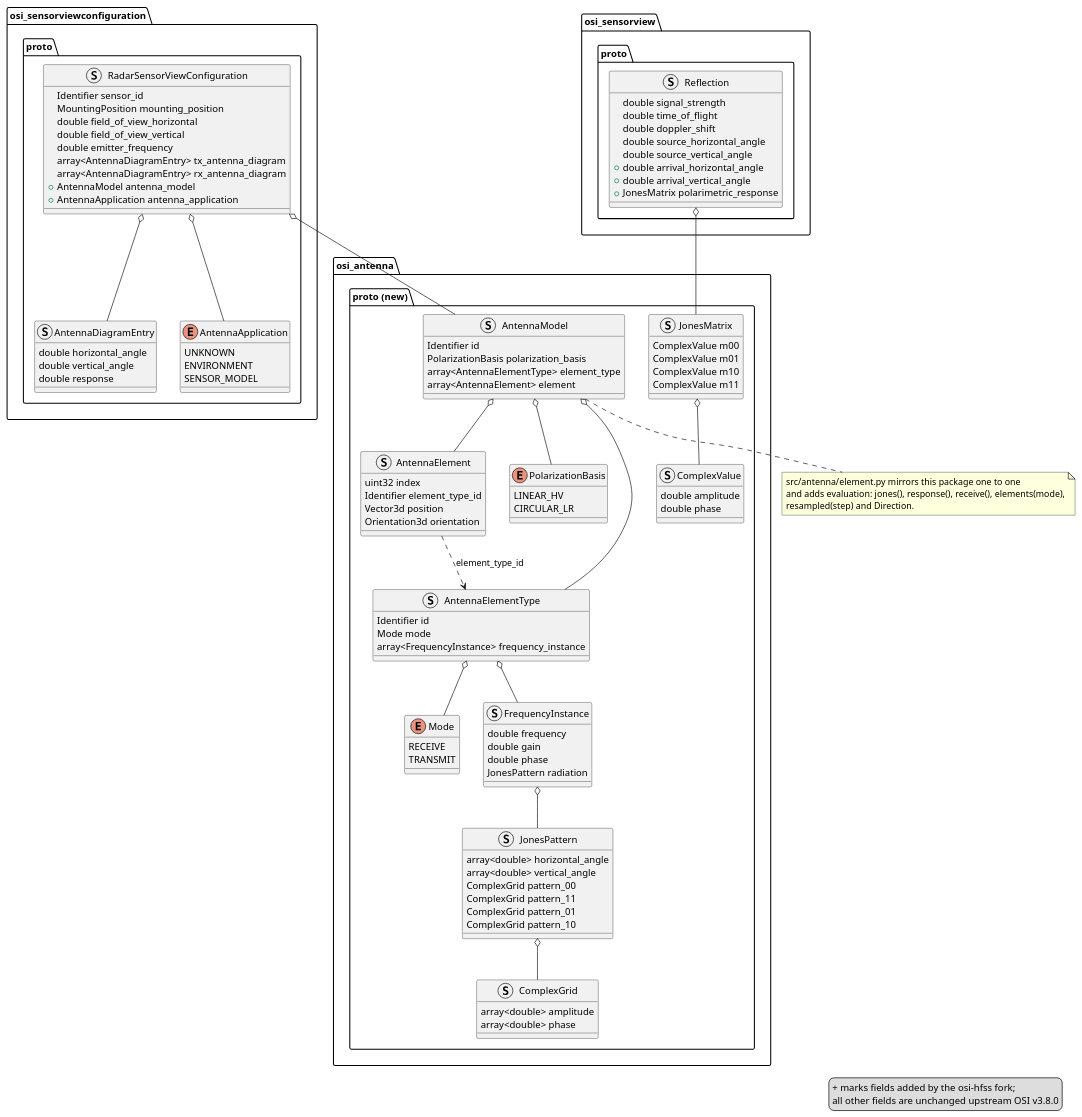
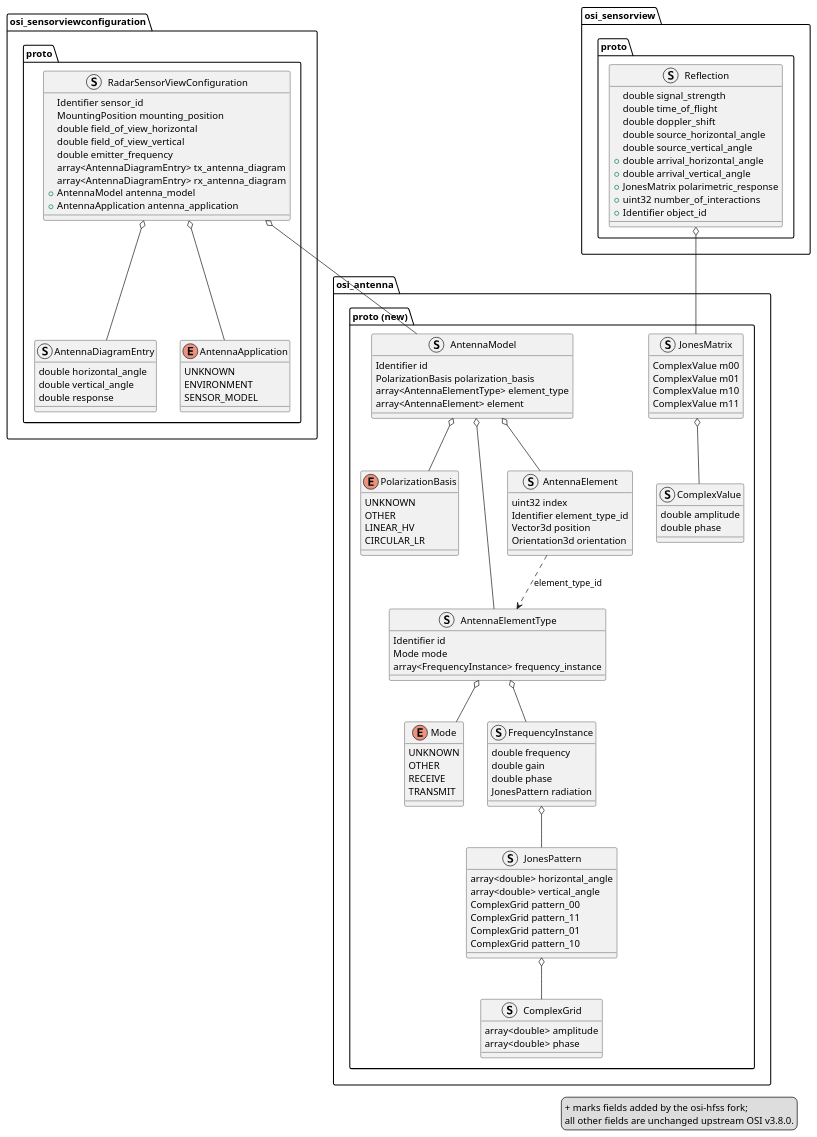
Before and after one commit to aimotive/asam-osi-hfss: the diagram in docs/osi_antenna_extension.puml, drawn with PlantUML. The commit also changed 79 other files, not shown here.

```diff
--- a/docs/osi_antenna_extension.puml
+++ b/docs/osi_antenna_extension.puml
@@ -1,132 +1,132 @@
 @startuml osi_antenna_extension
 
 package "osi_sensorviewconfiguration.proto" {
     struct RadarSensorViewConfiguration {
         Identifier sensor_id
         MountingPosition mounting_position
         double field_of_view_horizontal
         double field_of_view_vertical
         double emitter_frequency
         array<AntennaDiagramEntry> tx_antenna_diagram
         array<AntennaDiagramEntry> rx_antenna_diagram
         + AntennaModel antenna_model
         + AntennaApplication antenna_application
     }
 
     struct AntennaDiagramEntry {
         double horizontal_angle
         double vertical_angle
         double response
     }
 
     enum AntennaApplication {
         UNKNOWN
         ENVIRONMENT
         SENSOR_MODEL
     }
 }
 
 package "osi_sensorview.proto" {
     struct Reflection {
         double signal_strength
         double time_of_flight
         double doppler_shift
         double source_horizontal_angle
         double source_vertical_angle
         + double arrival_horizontal_angle
         + double arrival_vertical_angle
         + JonesMatrix polarimetric_response
+        + uint32 number_of_interactions
+        + Identifier object_id
     }
 }
 
 package "osi_antenna.proto (new)" {
     struct AntennaModel {
         Identifier id
         PolarizationBasis polarization_basis
         array<AntennaElementType> element_type
         array<AntennaElement> element
     }
 
     enum PolarizationBasis {
+        UNKNOWN
+        OTHER
         LINEAR_HV
         CIRCULAR_LR
     }
 
     struct AntennaElementType {
         Identifier id
         Mode mode
         array<FrequencyInstance> frequency_instance
     }
 
     enum Mode {
+        UNKNOWN
+        OTHER
         RECEIVE
         TRANSMIT
     }
 
     struct FrequencyInstance {
         double frequency
         double gain
         double phase
         JonesPattern radiation
     }
 
     struct JonesPattern {
         array<double> horizontal_angle
         array<double> vertical_angle
         ComplexGrid pattern_00
         ComplexGrid pattern_11
         ComplexGrid pattern_01
         ComplexGrid pattern_10
     }
 
     struct ComplexGrid {
         array<double> amplitude
         array<double> phase
     }
 
     struct AntennaElement {
         uint32 index
         Identifier element_type_id
         Vector3d position
         Orientation3d orientation
     }
 
     struct JonesMatrix {
         ComplexValue m00
         ComplexValue m01
         ComplexValue m10
         ComplexValue m11
     }
 
     struct ComplexValue {
         double amplitude
         double phase
     }
 }
 
 RadarSensorViewConfiguration o-- AntennaDiagramEntry
 RadarSensorViewConfiguration o-- AntennaApplication
 RadarSensorViewConfiguration o-- AntennaModel
 Reflection o-- JonesMatrix
 AntennaModel o-- PolarizationBasis
 AntennaModel o-- AntennaElementType
 AntennaModel o-- AntennaElement
 AntennaElement ..> AntennaElementType : element_type_id
 AntennaElementType o-- Mode
 AntennaElementType o-- FrequencyInstance
 FrequencyInstance o-- JonesPattern
 JonesPattern o-- ComplexGrid
 JonesMatrix o-- ComplexValue
 
-note bottom of AntennaModel
-  src/antenna/element.py mirrors this package one to one
-  and adds evaluation: jones(), response(), receive(), elements(mode),
-  resampled(step) and Direction.
-end note
-
 legend right
   + marks fields added by the osi-hfss fork;
-  all other fields are unchanged upstream OSI v3.8.0
+  all other fields are unchanged upstream OSI v3.8.0.
 endlegend
 
 @enduml
```
